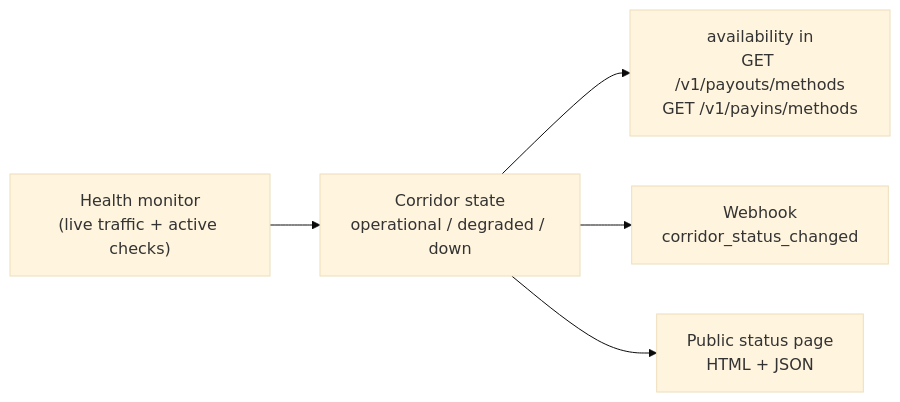
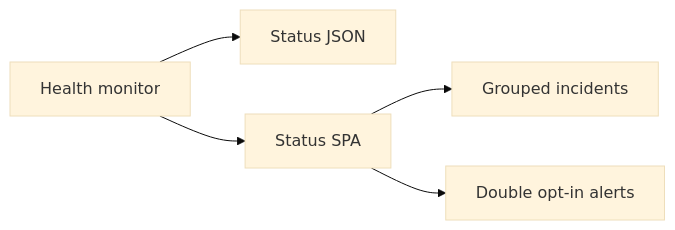
The diagram in en/service-status.mdx (CBpayapp/cbpay-docs), drawn with Mermaid (base theme) before and after one commit. The commit also changed other lines of this file and 26 other files, not shown here.

````diff
--- a/en/service-status.mdx
+++ b/en/service-status.mdx
@@ -24,7 +17,7 @@
 ```mermaid
 flowchart LR
-    monitor["Health monitor<br/>(live traffic + active checks)"] --> state["Corridor state<br/>operational / degraded / down"]
-    state --> catalog["availability in<br/>GET /v1/payouts/methods<br/>GET /v1/payins/methods"]
-    state --> hook["Webhook<br/>corridor_status_changed"]
-    state --> page["Public status page<br/>HTML + JSON"]
+    monitor["Health monitor"] --> api["Status JSON"]
+    monitor --> page["Status SPA"]
+    page --> incidents["Grouped incidents"]
+    page --> alerts["Double opt-in alerts"]
 ```
````
